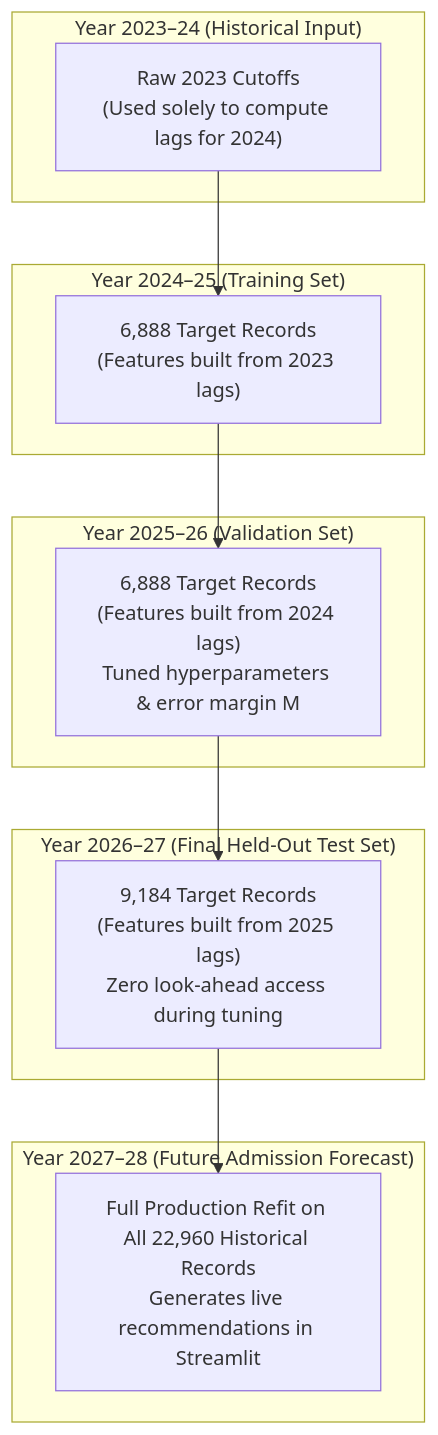
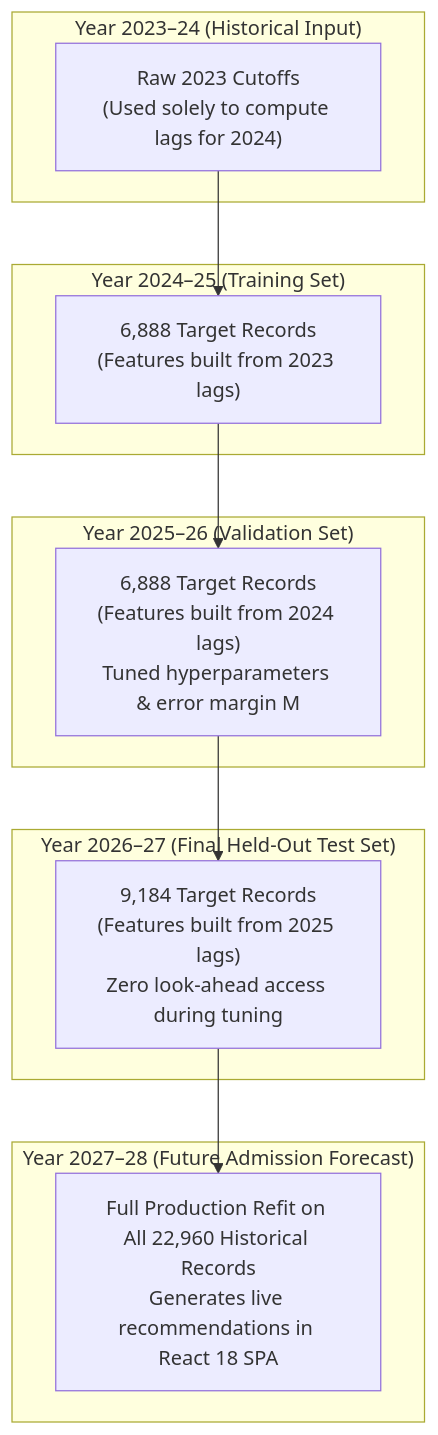
One commit to shindesiddhant-415/MHTCET-College-Admission-Predictor changed the third of 5 diagrams in PROJECT_DOCUMENTATION.md. Above: the diagram before and after it, drawn with Mermaid. The commit also changed other lines of this file and 57 other files, not shown here.

Commit message:
feat: migrate frontend to React 18 SPA with FastAPI REST backend and complete documentation

````diff
--- a/PROJECT_DOCUMENTATION.md
+++ b/PROJECT_DOCUMENTATION.md
@@ -282,27 +299,27 @@
 ```mermaid
 flowchart TD
     subgraph Year_2023 ["Year 2023–24 (Historical Input)"]
         Y1["Raw 2023 Cutoffs\n(Used solely to compute lags for 2024)"]
     end
 
     subgraph Year_2024 ["Year 2024–25 (Training Set)"]
         Y2["6,888 Target Records\n(Features built from 2023 lags)"]
     end
 
     subgraph Year_2025 ["Year 2025–26 (Validation Set)"]
         Y3["6,888 Target Records\n(Features built from 2024 lags)\nTuned hyperparameters & error margin M"]
     end
 
     subgraph Year_2026 ["Year 2026–27 (Final Held-Out Test Set)"]
         Y4["9,184 Target Records\n(Features built from 2025 lags)\nZero look-ahead access during tuning"]
     end
 
     subgraph Year_2027 ["Year 2027–28 (Future Admission Forecast)"]
-        Y5["Full Production Refit on All 22,960 Historical Records\nGenerates live recommendations in Streamlit"]
+        Y5["Full Production Refit on All 22,960 Historical Records\nGenerates live recommendations in React 18 SPA"]
     end
 
     Y1 --> Y2
     Y2 --> Y3
     Y3 --> Y4
     Y4 --> Y5
 ```
````
